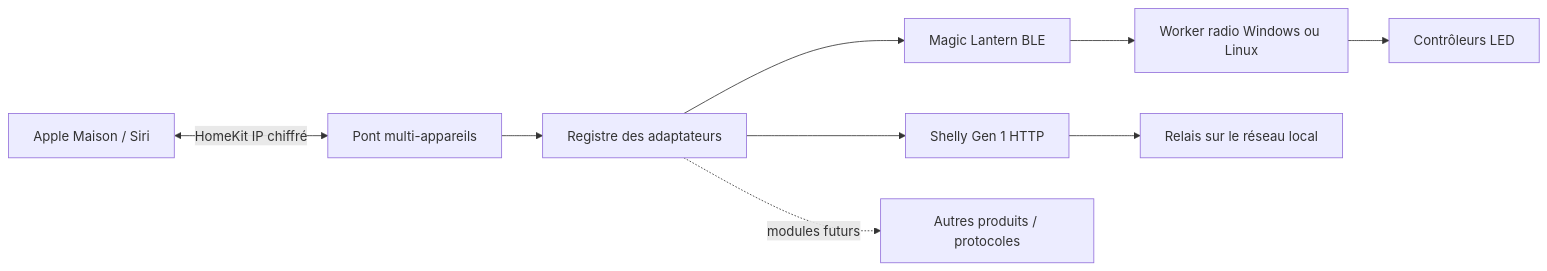
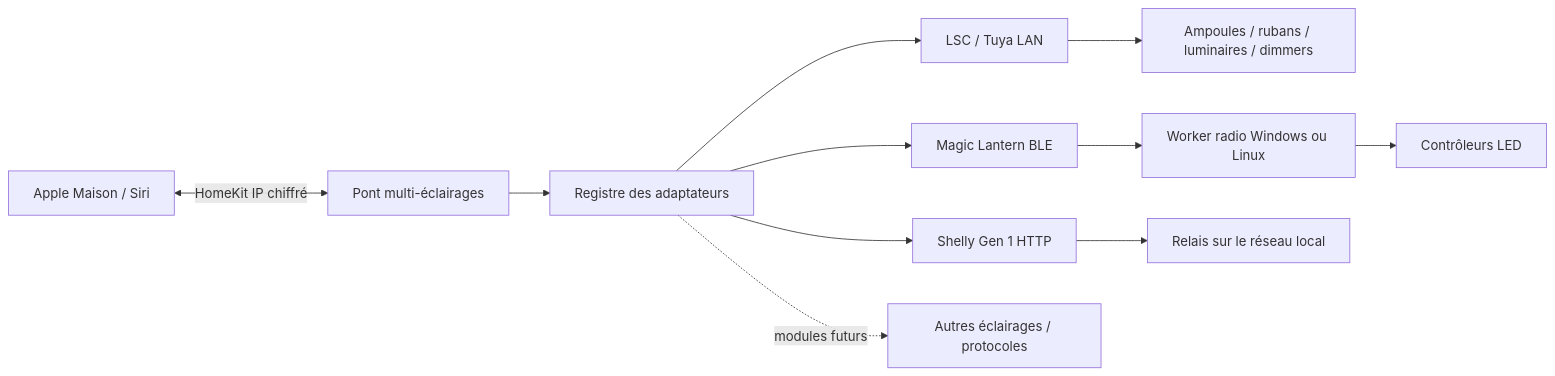
One commit to Imdraks/reverse-magic changed the diagram in docs/ARCHITECTURE.md. Above: the diagram before and after it, drawn with Mermaid. The commit also changed other lines of this file and 34 other files, not shown here.

Commit message:
Add LSC Tuya lighting profiles and restrict the bridge to lighting

````diff
--- a/docs/ARCHITECTURE.md
+++ b/docs/ARCHITECTURE.md
@@ -5,11 +5,13 @@
 ```mermaid
 flowchart LR
-  Maison[Apple Maison / Siri] <-->|HomeKit IP chiffré| Core[Pont multi-appareils]
+  Maison[Apple Maison / Siri] <-->|HomeKit IP chiffré| Core[Pont multi-éclairages]
   Core --> Registry[Registre des adaptateurs]
   Registry --> BLE[Magic Lantern BLE]
   Registry --> HTTP[Shelly Gen 1 HTTP]
-  Registry -. modules futurs .-> Future[Autres produits / protocoles]
+  Registry --> Tuya[LSC / Tuya LAN]
+  Tuya --> Lights[Ampoules / rubans / luminaires / dimmers]
+  Registry -. modules futurs .-> Future[Autres éclairages / protocoles]
   BLE --> Worker[Worker radio Windows ou Linux]
   Worker --> LED[Contrôleurs LED]
   HTTP --> Relay[Relais sur le réseau local]
 ```
````
